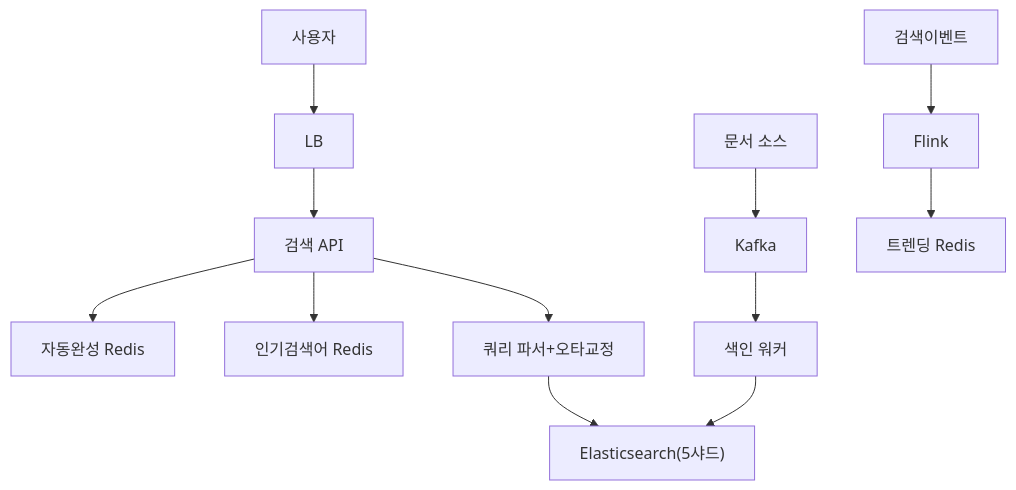
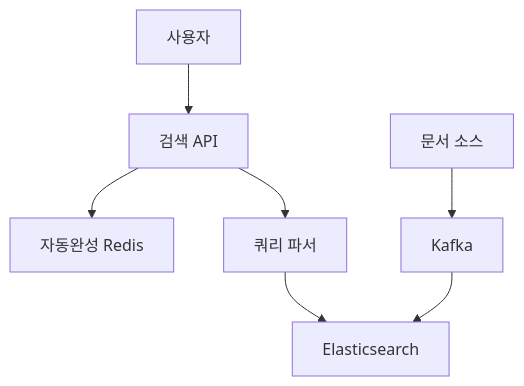
One commit to yjkim2015/yjkim2015.github.io changed the fifth of 5 diagrams in _posts/systemdesign/2026-05-02-system-design-search.md. Above: the diagram before and after it, drawn with Mermaid. The commit also changed 155 other files, not shown here.

First line of the commit message:
Mermaid 전면 수정: subgraph 제거, participant/노드/줄수 축소 (342블록)

````diff
--- a/_posts/systemdesign/2026-05-02-system-design-search.md
+++ b/_posts/systemdesign/2026-05-02-system-design-search.md
@@ -413,10 +413,8 @@
 ```mermaid
 graph TD
-    User["사용자"] --> LB["LB"] --> API["검색 API"]
+    User["사용자"] --> API["검색 API"]
     API --> AC["자동완성 Redis"]
-    API --> Cache["인기검색어 Redis"]
-    API --> QP["쿼리 파서+오타교정"]
-    QP --> ES["Elasticsearch(5샤드)"]
-    DocSrc["문서 소스"] --> Kafka["Kafka"] --> Worker["색인 워커"] --> ES
-    Kafka2["검색이벤트"] --> Flink["Flink"] --> TrendRedis["트렌딩 Redis"]
+    API --> QP["쿼리 파서"]
+    QP --> ES["Elasticsearch"]
+    DocSrc["문서 소스"] --> Kafka["Kafka"] --> ES
 ```
````
